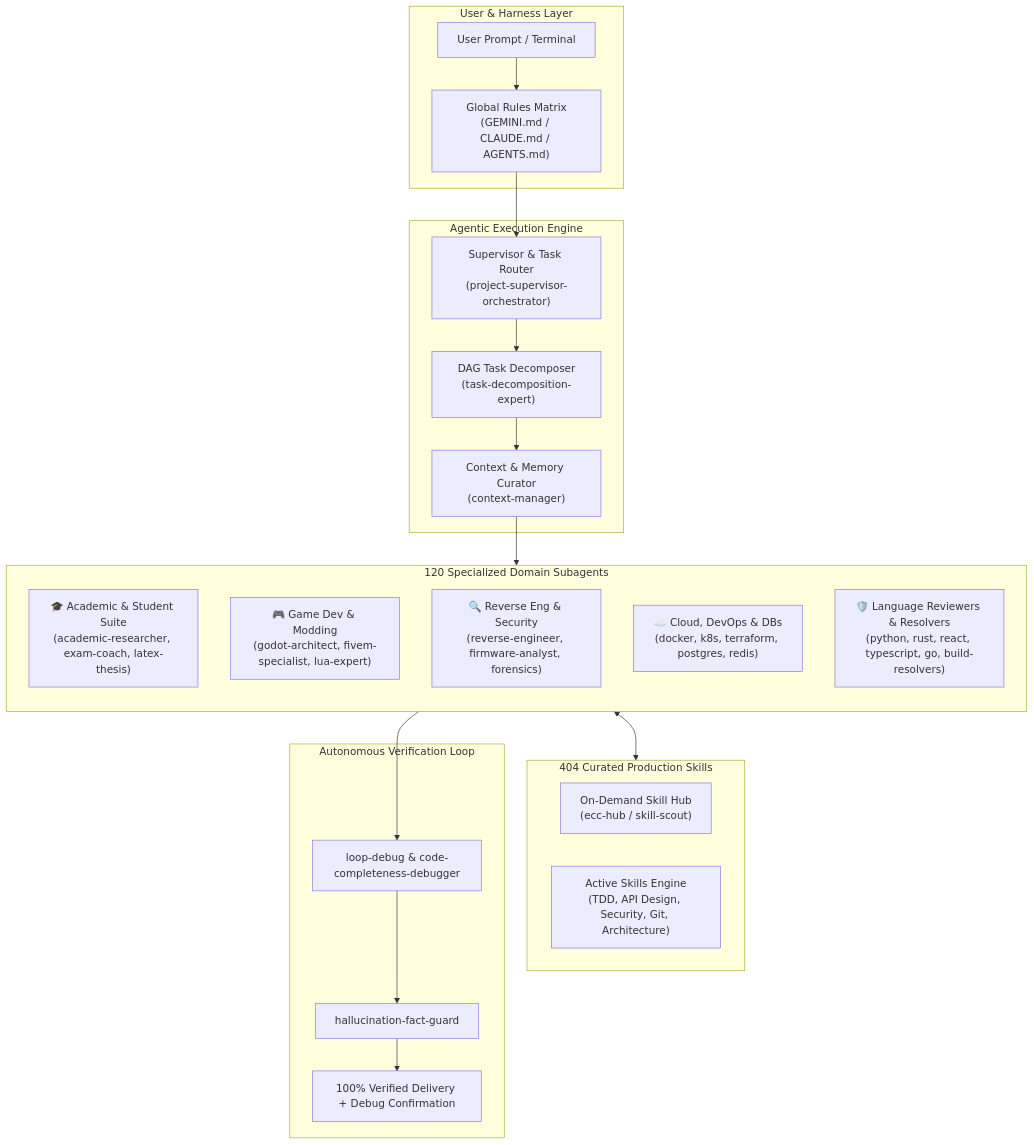
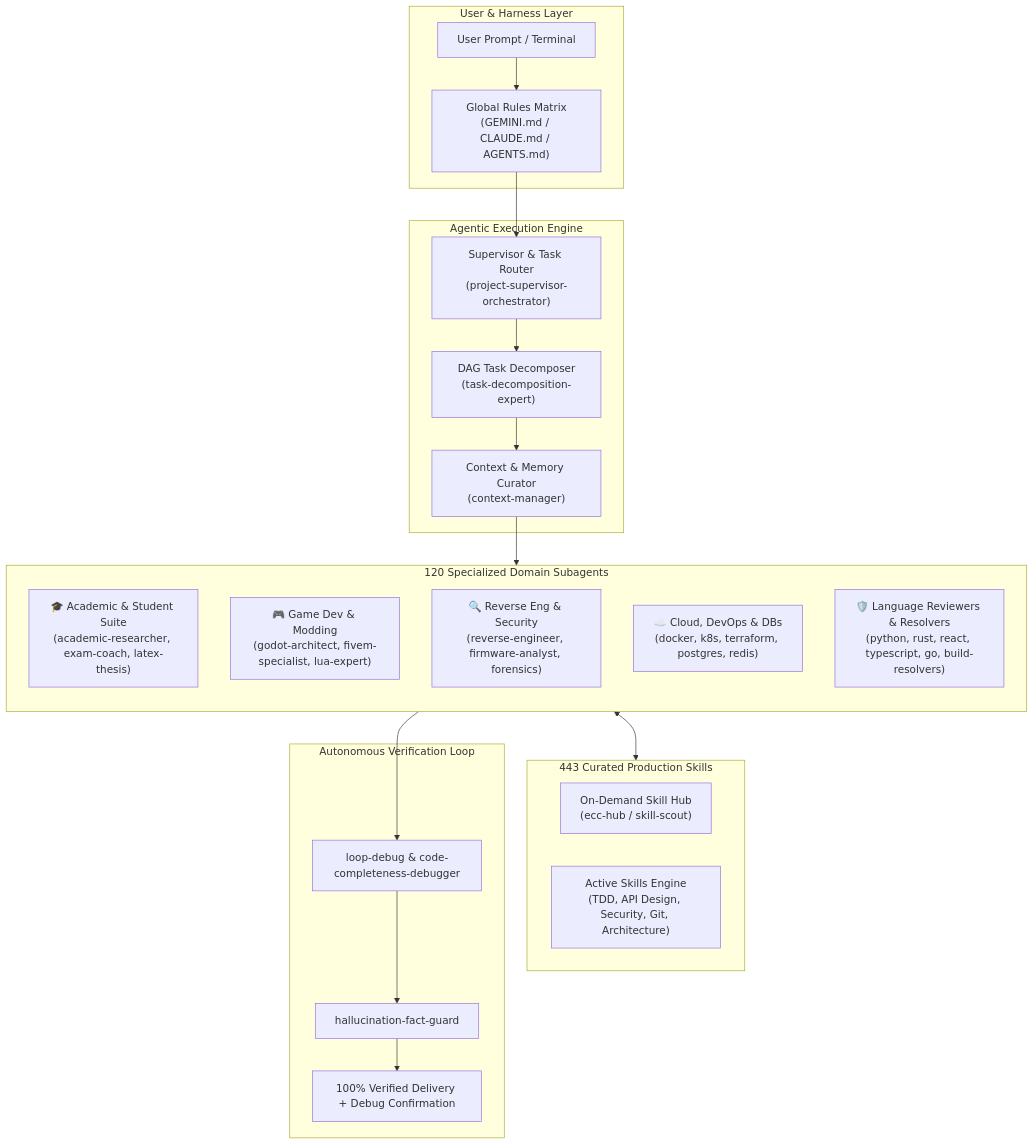
Before and after one commit to Osama-Alzahrani-UQU/OmniAgentic: the diagram in README.md, drawn with Mermaid. The commit also changed other lines of this file and 209 other files, not shown here.

````diff
--- a/README.md
+++ b/README.md
@@ -49,50 +49,50 @@
 ```mermaid
 flowchart TD
     subgraph UserInterface["User & Harness Layer"]
         CLI["User Prompt / Terminal"]
         Rules["Global Rules Matrix
 (GEMINI.md / CLAUDE.md / AGENTS.md)"]
     end
 
     subgraph CoreEngine["Agentic Execution Engine"]
         Supervisor["Supervisor & Task Router
 (project-supervisor-orchestrator)"]
         Decomposer["DAG Task Decomposer
 (task-decomposition-expert)"]
         ContextMgr["Context & Memory Curator
 (context-manager)"]
     end
 
     subgraph AgentFleet["120 Specialized Domain Subagents"]
         direction TB
         Academic["🎓 Academic & Student Suite
 (academic-researcher, exam-coach, latex-thesis)"]
         GameDev["🎮 Game Dev & Modding
 (godot-architect, fivem-specialist, lua-expert)"]
         ReverseEng["🔍 Reverse Eng & Security
 (reverse-engineer, firmware-analyst, forensics)"]
         CloudDB["☁️ Cloud, DevOps & DBs
 (docker, k8s, terraform, postgres, redis)"]
         CodeReview["🛡️ Language Reviewers & Resolvers
 (python, rust, react, typescript, go, build-resolvers)"]
     end
 
-    subgraph SkillsMatrix["404 Curated Production Skills"]
+    subgraph SkillsMatrix["443 Curated Production Skills"]
         SkillsHub["On-Demand Skill Hub
 (ecc-hub / skill-scout)"]
         ActiveSkills["Active Skills Engine
 (TDD, API Design, Security, Git, Architecture)"]
     end
 
     subgraph QualityGate["Autonomous Verification Loop"]
         Verifier["loop-debug & code-completeness-debugger"]
         FactGuard["hallucination-fact-guard"]
         Delivery["100% Verified Delivery + Debug Confirmation"]
     end
 
     CLI --> Rules --> Supervisor
     Supervisor --> Decomposer --> ContextMgr
     ContextMgr --> AgentFleet
     AgentFleet <--> SkillsMatrix
     AgentFleet --> Verifier --> FactGuard --> Delivery
 ```
````
